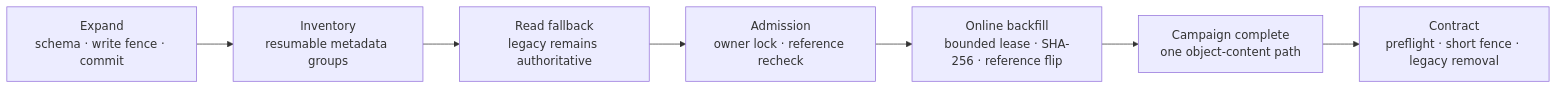
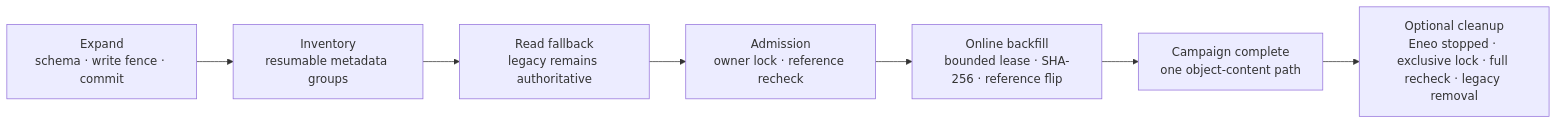
One commit to eneo-ai/eneo changed the first of 4 diagrams in frontend/apps/docs-site/src/content/docs/object-content-architecture.mdx. Above: the diagram before and after it, drawn with Mermaid. The commit also changed other lines of this file and 5 other files, not shown here.

````diff
--- a/frontend/apps/docs-site/src/content/docs/object-content-architecture.mdx
+++ b/frontend/apps/docs-site/src/content/docs/object-content-architecture.mdx
@@ -43,9 +44,9 @@
 ```mermaid
 flowchart LR
   fence["Expand\nschema · write fence · commit"] --> inventory["Inventory\nresumable metadata groups"]
   inventory --> fallback["Read fallback\nlegacy remains authoritative"]
   fallback --> admission["Admission\nowner lock · reference recheck"]
   admission --> backfill["Online backfill\nbounded lease · SHA-256 · reference flip"]
   backfill --> complete["Campaign complete\none object-content path"]
-  complete --> contract["Contract\npreflight · short fence · legacy removal"]
+  complete --> contract["Optional cleanup\nEneo stopped · exclusive lock · full recheck · legacy removal"]
 ```
````
